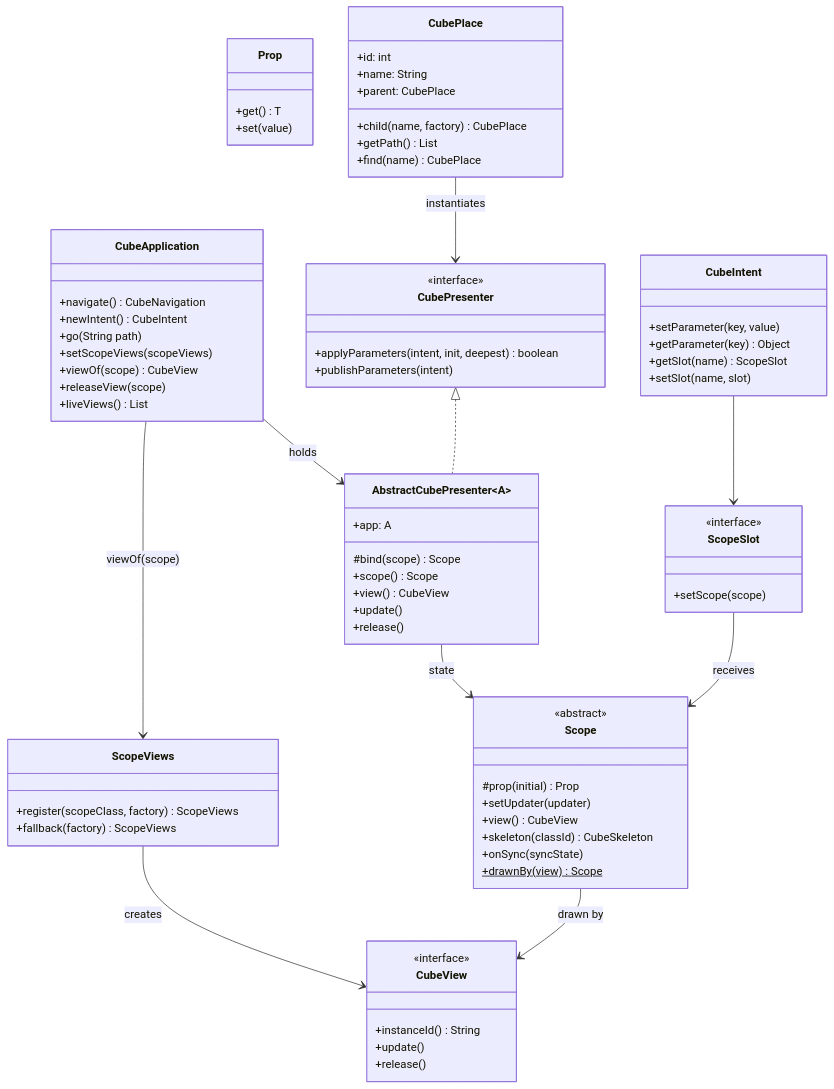
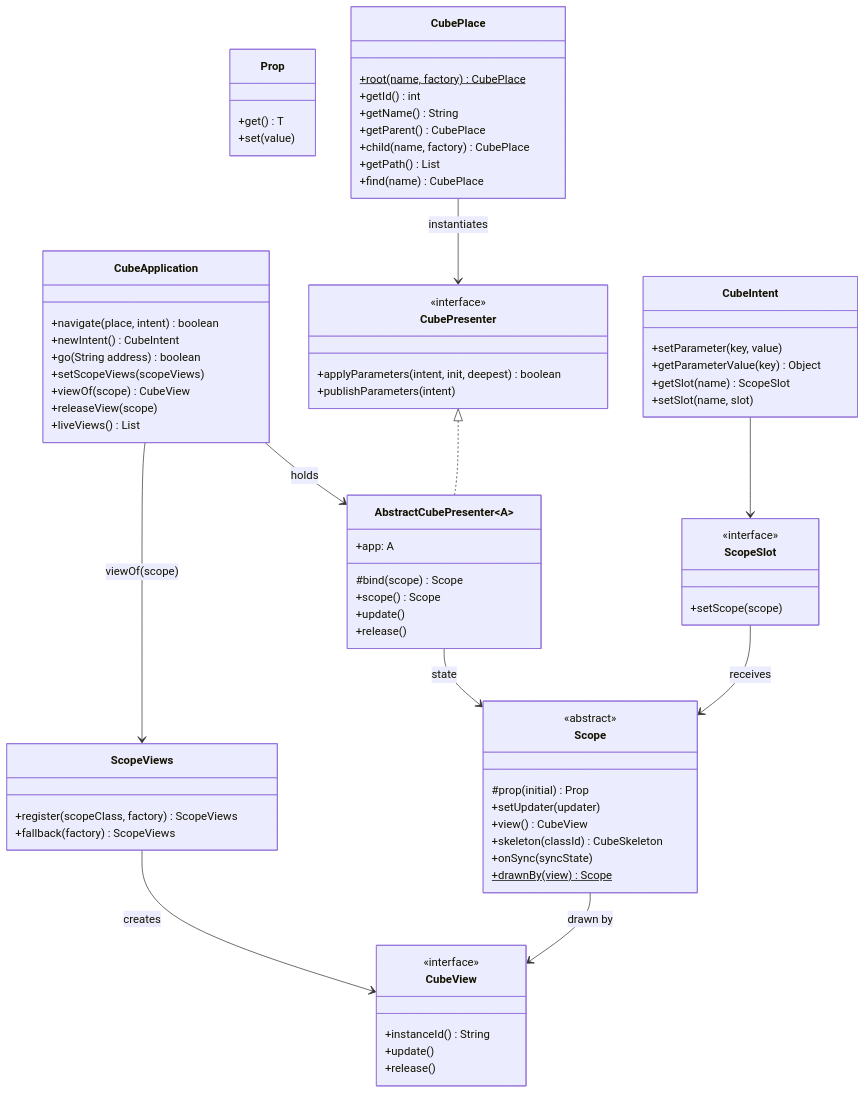
Before and after one commit to mrcdom/wdc-cube-java-v2: the third of 4 diagrams in docs/cube-mvp-multiplatform-architecture.md, drawn with Mermaid. The commit also changed other lines of this file and 50 other files, not shown here.

````diff
--- a/docs/cube-mvp-multiplatform-architecture.md
+++ b/docs/cube-mvp-multiplatform-architecture.md
@@ -367,9 +378,9 @@
 ```mermaid
 classDiagram
     class CubeApplication {
-        +navigate() CubeNavigation
+        +navigate(place, intent) boolean
         +newIntent() CubeIntent
-        +go(String path)
+        +go(String address) boolean
         +setScopeViews(scopeViews)
         +viewOf(scope) CubeView
         +releaseView(scope)
@@ -386,7 +397,6 @@
         +app: A
         #bind(scope) Scope
         +scope() Scope
-        +view() CubeView
         +update()
         +release()
     }
@@ -424,9 +434,10 @@
     }
 
     class CubePlace {
-        +id: int
-        +name: String
-        +parent: CubePlace
+        +root(name, factory)$ CubePlace
+        +getId() int
+        +getName() String
+        +getParent() CubePlace
         +child(name, factory) CubePlace
         +getPath() List
         +find(name) CubePlace
@@ -434,7 +445,7 @@
 
     class CubeIntent {
         +setParameter(key, value)
-        +getParameter(key) Object
+        +getParameterValue(key) Object
         +getSlot(name) ScopeSlot
         +setSlot(name, slot)
     }
````
